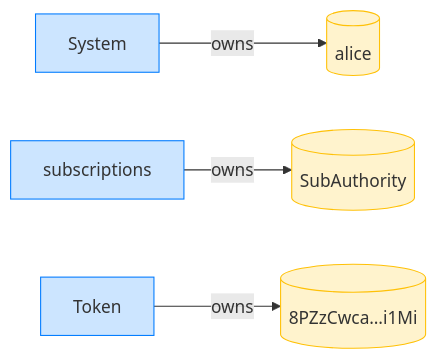
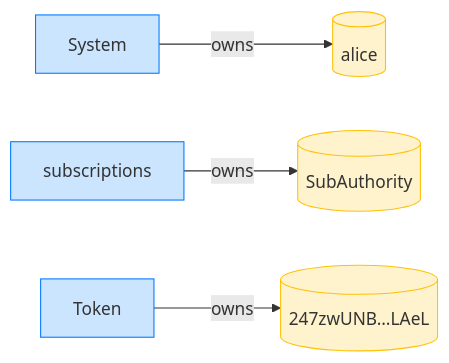
Before and after one commit to cds-rs/subscriptions: the fourth of 12 diagrams in dsl_tests/subscribe-rejects-a-duplicate.md, drawn with Mermaid. The commit also changed other lines of this file and 224 other files, not shown here.

````diff
--- a/dsl_tests/subscribe-rejects-a-duplicate.md
+++ b/dsl_tests/subscribe-rejects-a-duplicate.md
@@ -73,14 +78,14 @@
 ```mermaid
 flowchart LR
     classDef owner fill:#cce5ff,stroke:#007bff;
     classDef account fill:#fff3cd,stroke:#ffc107;
     System[System]:::owner
     alice[(alice)]:::account
     subscriptions[subscriptions]:::owner
     SubAuthority[(SubAuthority)]:::account
     Token[Token]:::owner
-    8PZzCwca_i1Mi[("8PZzCwca…i1Mi")]:::account
+    247zwUNB_LAeL[("247zwUNB…LAeL")]:::account
     System -->|owns| alice
     subscriptions -->|owns| SubAuthority
-    Token -->|owns| 8PZzCwca_i1Mi
+    Token -->|owns| 247zwUNB_LAeL
 ```
````
